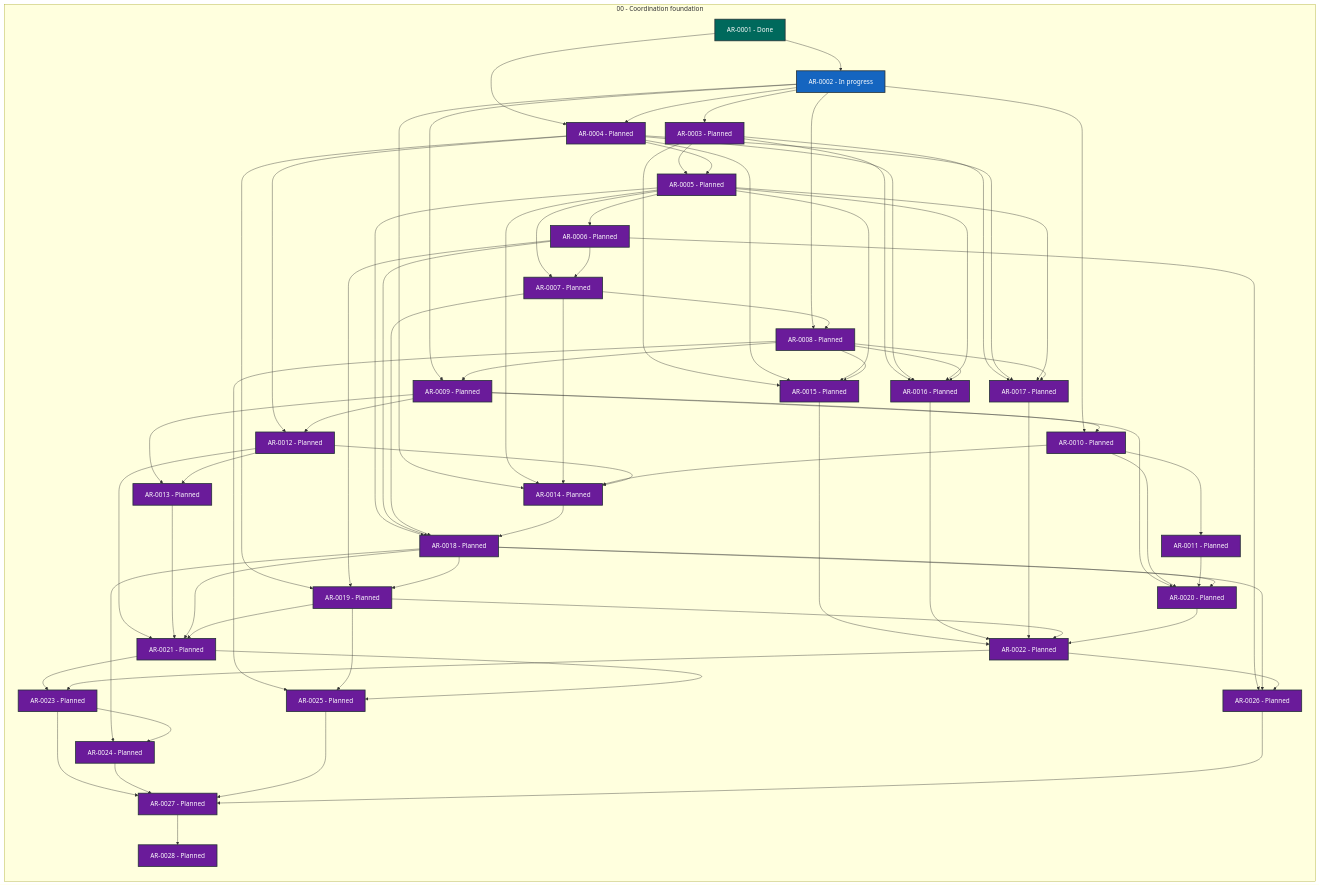
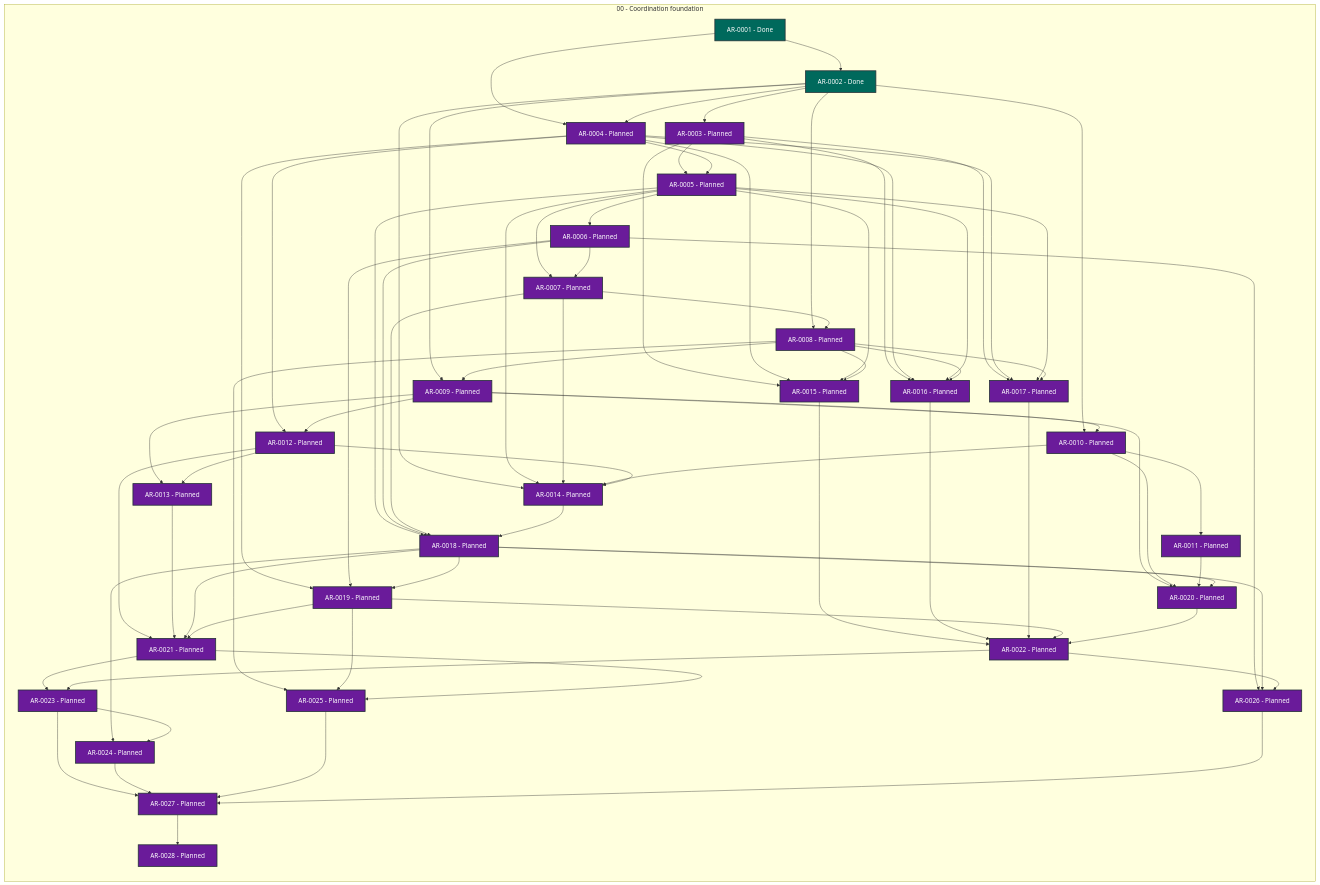
Before and after one commit to martin-beck/agent-workflow-runtime-state: the diagram in STATUS.md, drawn with Mermaid. The commit also changed other lines of this file and 2 other files, not shown here.

```diff
--- a/STATUS.md
+++ b/STATUS.md
@@ -29,7 +29,7 @@
     subgraph series_00["00 - Coordination foundation"]
         direction TB
         AR_0001["AR-0001 - Done"]:::status_done
-        AR_0002["AR-0002 - In progress"]:::status_in_progress
+        AR_0002["AR-0002 - Done"]:::status_done
         AR_0003["AR-0003 - Planned"]:::status_planned
         AR_0004["AR-0004 - Planned"]:::status_planned
         AR_0005["AR-0005 - Planned"]:::status_planned
```
